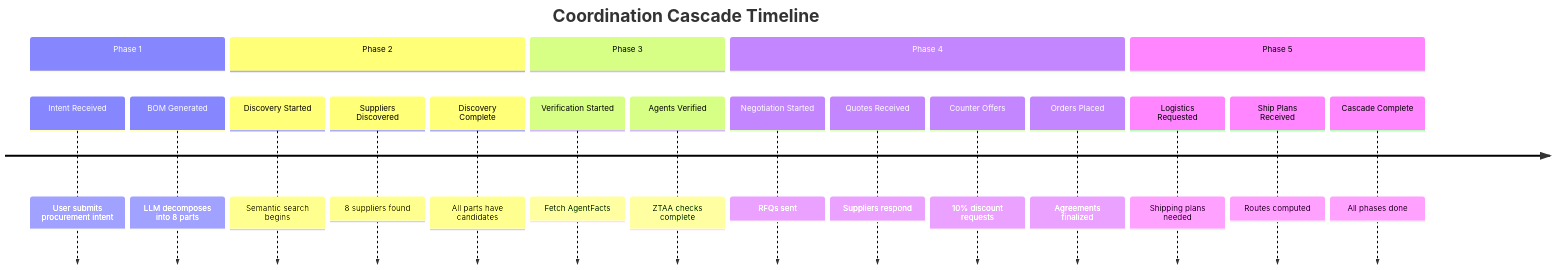
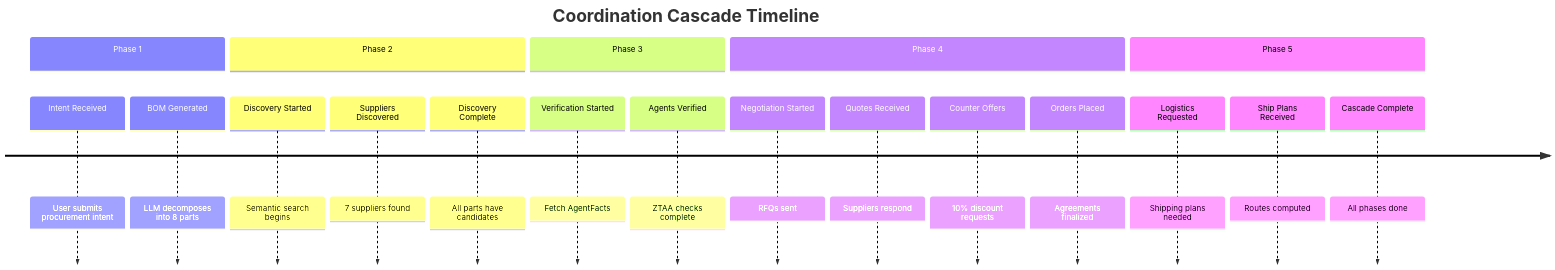
One commit to denitusha/One-Click-AI changed the sixth of 7 diagrams in docs/FEATURES.md. Above: the diagram before and after it, drawn with Mermaid. The commit also changed other lines of this file and 3 other files, not shown here.

````diff
--- a/docs/FEATURES.md
+++ b/docs/FEATURES.md
@@ -957,23 +959,23 @@
 ```mermaid
 timeline
     title Coordination Cascade Timeline
     section Phase 1
         Intent Received : User submits procurement intent
         BOM Generated : LLM decomposes into 8 parts
     section Phase 2
         Discovery Started : Semantic search begins
-        Suppliers Discovered : 8 suppliers found
+        Suppliers Discovered : 7 suppliers found
         Discovery Complete : All parts have candidates
     section Phase 3
         Verification Started : Fetch AgentFacts
         Agents Verified : ZTAA checks complete
     section Phase 4
         Negotiation Started : RFQs sent
         Quotes Received : Suppliers respond
         Counter Offers : 10% discount requests
         Orders Placed : Agreements finalized
     section Phase 5
         Logistics Requested : Shipping plans needed
         Ship Plans Received : Routes computed
         Cascade Complete : All phases done
 ```
````
